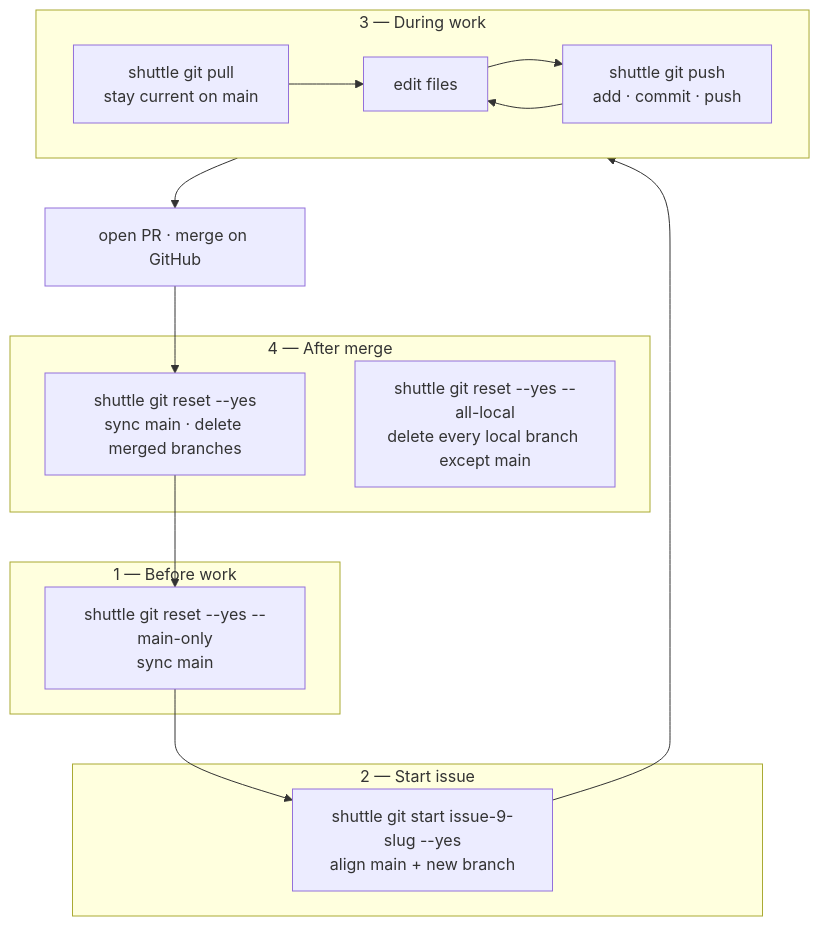
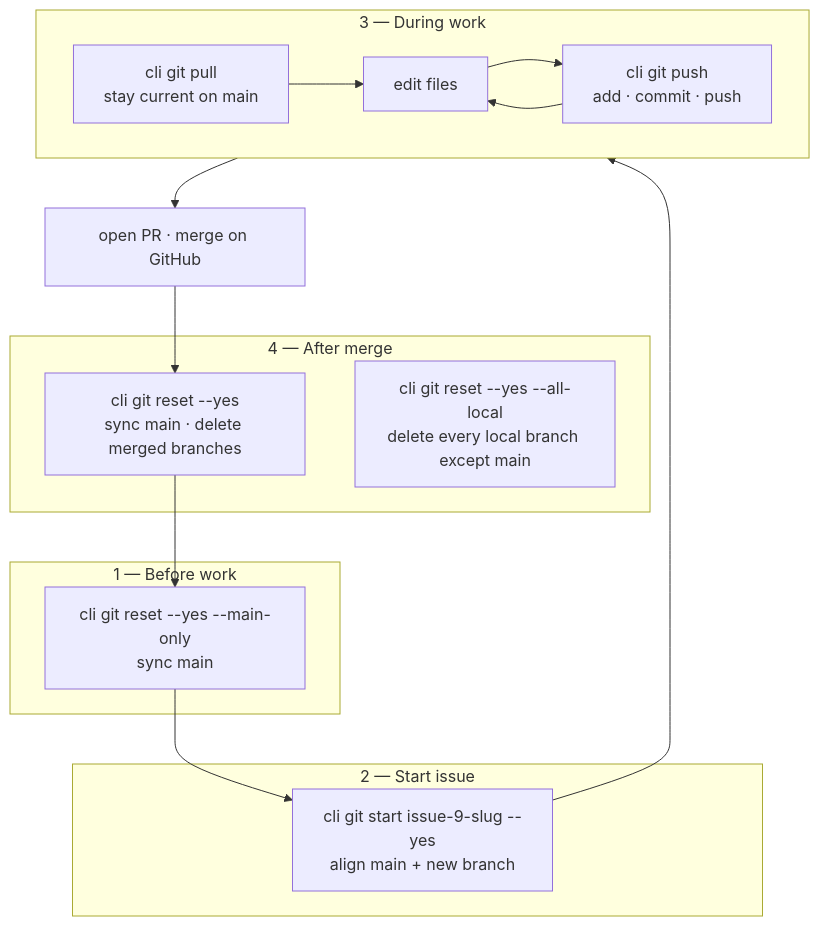
Before and after one commit to gardusig/cli: the first of 7 diagrams in docs/workflows.md, drawn with Mermaid. The commit also changed other lines of this file and 372 other files, not shown here.

First line of the commit message:
feat(v0.1): rename to cli, gh/git, Notion deploy, contest validate, Docker hardening (#46)

````diff
--- a/docs/workflows.md
+++ b/docs/workflows.md
@@ -7,29 +7,29 @@
 ```mermaid
 flowchart TD
     subgraph before [1 — Before work]
-        P["shuttle git reset --yes --main-only<br/>sync main"]
+        P["cli git reset --yes --main-only<br/>sync main"]
     end
 
     subgraph start [2 — Start issue]
-        K["shuttle git start issue-9-slug --yes<br/>align main + new branch"]
+        K["cli git start issue-9-slug --yes<br/>align main + new branch"]
     end
 
     subgraph loop [3 — During work]
         D["edit files"]
-        S["shuttle git push<br/>add · commit · push"]
-        Y["shuttle git pull<br/>stay current on main"]
+        S["cli git push<br/>add · commit · push"]
+        Y["cli git pull<br/>stay current on main"]
         D --> S
         S --> D
         Y --> D
     end
 
     subgraph after [4 — After merge]
-        L["shuttle git reset --yes<br/>sync main · delete merged branches"]
-        L2["shuttle git reset --yes --all-local<br/>delete every local branch except main"]
+        L["cli git reset --yes<br/>sync main · delete merged branches"]
+        L2["cli git reset --yes --all-local<br/>delete every local branch except main"]
     end
 
     P --> K --> loop
     loop --> PR["open PR · merge on GitHub"]
     PR --> L
     L --> P
 ```
````
